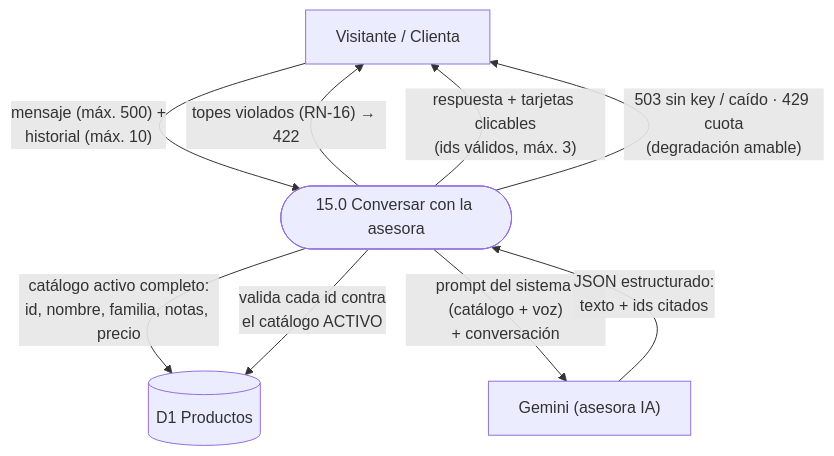
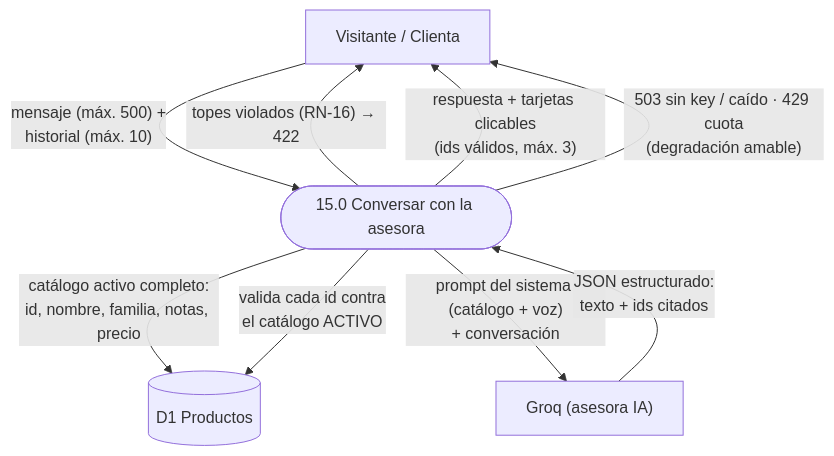
One commit to hlopezm1578/demo-carro changed diagram 17 of 17 in docs/03_diseno.md. Above: the diagram before and after it, drawn with Mermaid. The commit also changed other lines of this file and 3 other files, not shown here.

````diff
--- a/docs/03_diseno.md
+++ b/docs/03_diseno.md
@@ -616,11 +617,11 @@
 ```mermaid
 flowchart TD
     VIS["Visitante / Clienta"] -->|"mensaje (máx. 500) +<br/>historial (máx. 10)"| P15(["15.0 Conversar con la asesora"])
     P15 -->|"topes violados (RN-16) → 422"| VIS
     P15 -->|"catálogo activo completo:<br/>id, nombre, familia, notas, precio"| D1[("D1 Productos")]
-    P15 -->|"prompt del sistema (catálogo + voz)<br/>+ conversación"| GEM["Gemini (asesora IA)"]
+    P15 -->|"prompt del sistema (catálogo + voz)<br/>+ conversación"| GEM["Groq (asesora IA)"]
     GEM -->|"JSON estructurado:<br/>texto + ids citados"| P15
     P15 -->|"valida cada id contra<br/>el catálogo ACTIVO"| D1
     P15 -->|"respuesta + tarjetas clicables<br/>(ids válidos, máx. 3)"| VIS
     P15 -->|"503 sin key / caído · 429 cuota<br/>(degradación amable)"| VIS
 ```
````
